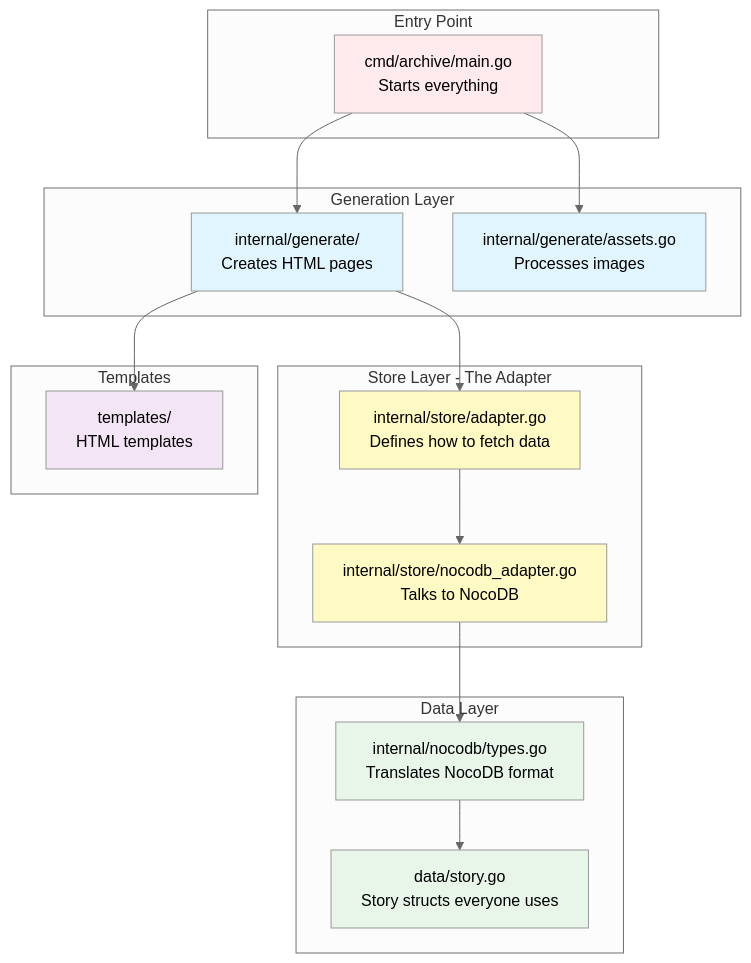
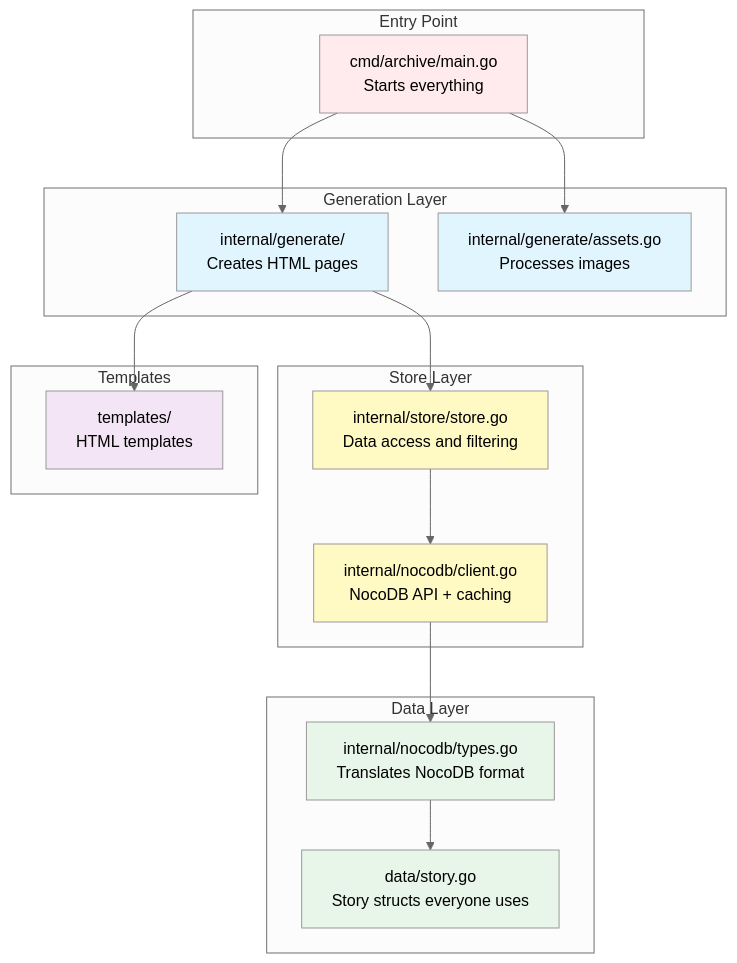
The second of 6 diagrams in README.md (commonknowledge/community-climate-justice-archive), drawn with Mermaid (neutral theme) before and after one commit. The commit also changed other lines of this file and 3 other files, not shown here.

````diff
--- a/README.md
+++ b/README.md
@@ -76,42 +76,42 @@
 ```mermaid
 graph TB
     subgraph "Entry Point"
         CMD[cmd/archive/main.go<br/>Starts everything]
     end
     
     subgraph "Generation Layer"
         GEN[internal/generate/<br/>Creates HTML pages]
         ASSETS[internal/generate/assets.go<br/>Processes images]
     end
     
-    subgraph "Store Layer - The Adapter"
-        ADAPTER[internal/store/adapter.go<br/>Defines how to fetch data]
-        NOCODB[internal/store/nocodb_adapter.go<br/>Talks to NocoDB]
+    subgraph "Store Layer"
+        STORE[internal/store/store.go<br/>Data access and filtering]
+        NOCODB[internal/nocodb/client.go<br/>NocoDB API + caching]
     end
     
     subgraph "Data Layer"
         TYPES[internal/nocodb/types.go<br/>Translates NocoDB format]
         STORY[data/story.go<br/>Story structs everyone uses]
     end
     
     subgraph "Templates"
         TMPL[templates/<br/>HTML templates]
     end
     
     CMD --> GEN
     CMD --> ASSETS
-    GEN --> ADAPTER
-    ADAPTER --> NOCODB
+    GEN --> STORE
+    STORE --> NOCODB
     NOCODB --> TYPES
     TYPES --> STORY
     GEN --> TMPL
     
     style CMD fill:#ffebee
     style GEN fill:#e1f5ff
     style ASSETS fill:#e1f5ff
-    style ADAPTER fill:#fff9c4
+    style STORE fill:#fff9c4
     style NOCODB fill:#fff9c4
     style TYPES fill:#e8f5e9
     style STORY fill:#e8f5e9
     style TMPL fill:#f3e5f5
 ```
````
